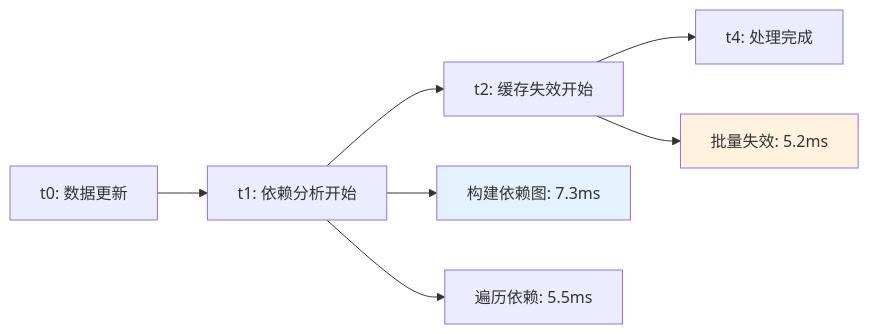
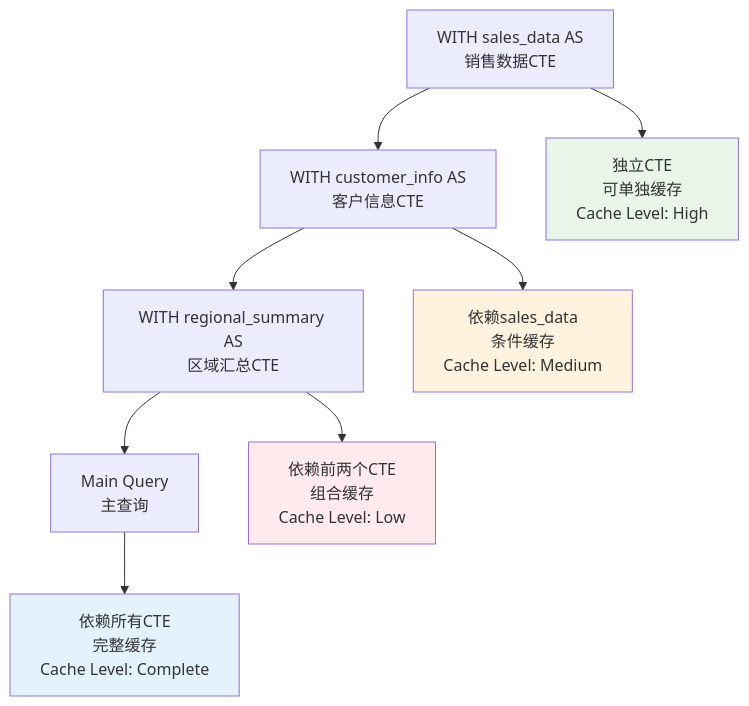
The ninth of 13 diagrams in md/第三章-动态缓存管理.md (crazypenguincode/duckdb), drawn with Mermaid before and after one commit. The commit also changed other lines of this file and 4 other files, not shown here.

````diff
--- a/md/第三章-动态缓存管理.md
+++ b/md/第三章-动态缓存管理.md
@@ -159,13 +1424,16 @@
 ```mermaid
-graph LR
-    A[t0: 数据更新] --> B[t1: 依赖分析开始]
-    B --> C[t2: 缓存失效开始]
-    C --> D[t4: 处理完成]
+graph TD
+    A[WITH sales_data AS<br/>销售数据CTE] --> B[WITH customer_info AS<br/>客户信息CTE]
+    B --> C[WITH regional_summary AS<br/>区域汇总CTE]
+    C --> D[Main Query<br/>主查询]
     
-    B --> B1[构建依赖图: 7.3ms]
-    B --> B2[遍历依赖: 5.5ms]
-    C --> C1[批量失效: 5.2ms]
+    A --> A1[独立CTE<br/>可单独缓存<br/>Cache Level: High]
+    B --> B1[依赖sales_data<br/>条件缓存<br/>Cache Level: Medium]
+    C --> C1[依赖前两个CTE<br/>组合缓存<br/>Cache Level: Low]
+    D --> D1[依赖所有CTE<br/>完整缓存<br/>Cache Level: Complete]
     
-    style B1 fill:#e3f2fd
-    style C1 fill:#fff3e0
+    style A1 fill:#e8f5e8
+    style B1 fill:#fff3e0
+    style C1 fill:#ffebee
+    style D1 fill:#e3f2fd
 ```
````
